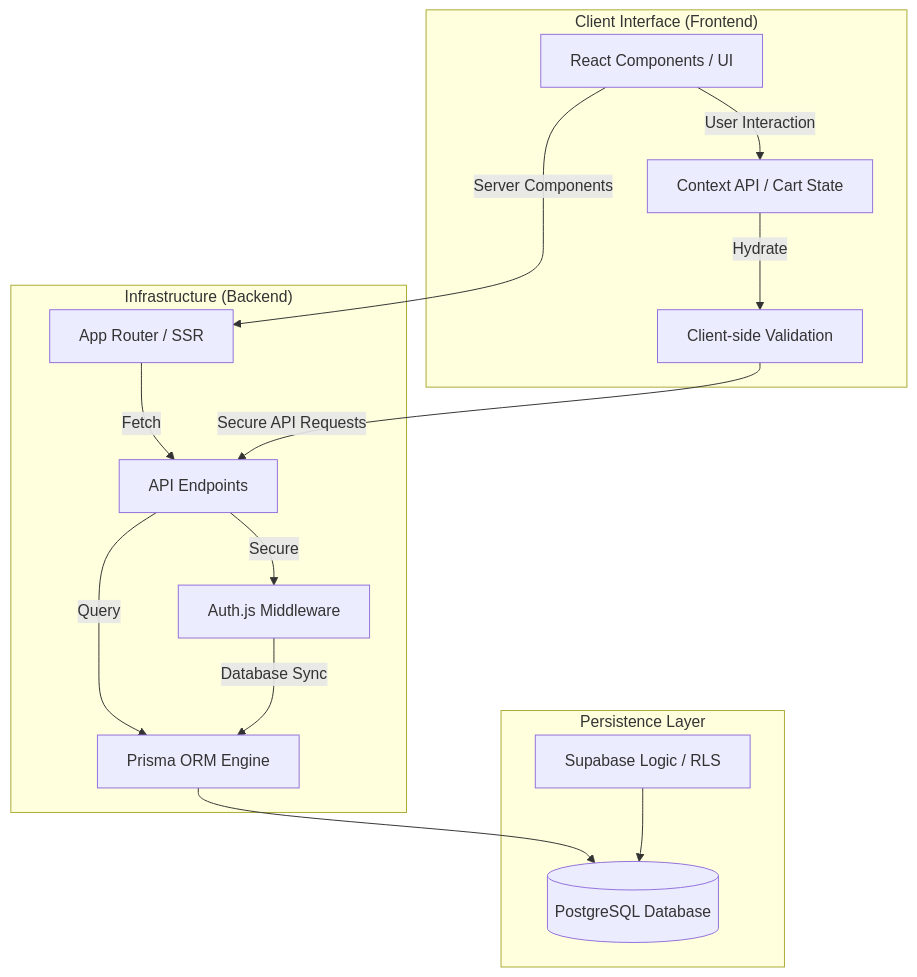
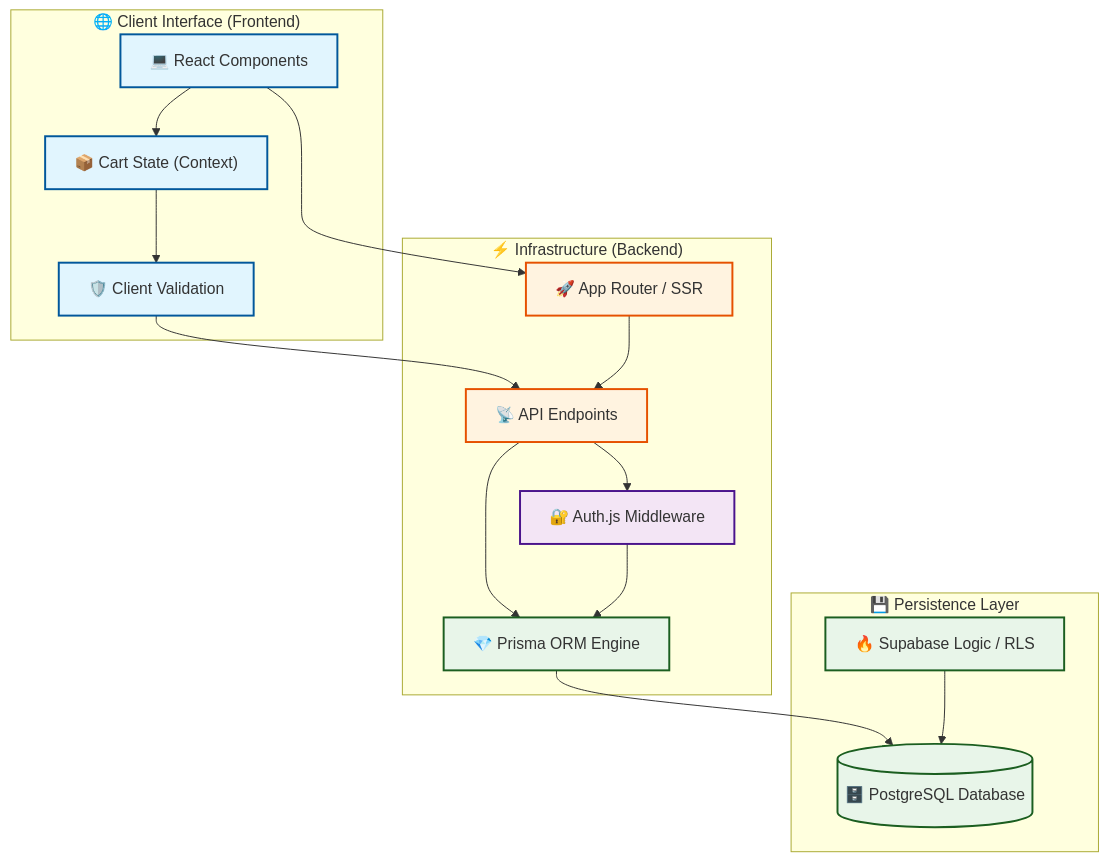
One commit to Devsebastian44/Modern-Esthete changed the diagram in README.md. Above: the diagram before and after it, drawn with Mermaid. The commit also changed other lines of this file and 2 other files, not shown here.

````diff
--- a/README.md
+++ b/README.md
@@ -31,32 +27,44 @@
 ```mermaid
 graph TD
-    subgraph Client ["Client Interface (Frontend)"]
-        UI[React Components / UI]
-        State[Context API / Cart State]
-        Logic[Client-side Validation]
+    %% Global Styles
+    classDef client fill:#e1f5fe,stroke:#01579b,stroke-width:2px;
+    classDef server fill:#fff3e0,stroke:#e65100,stroke-width:2px;
+    classDef security fill:#f3e5f5,stroke:#4a148c,stroke-width:2px;
+    classDef database fill:#e8f5e9,stroke:#1b5e20,stroke-width:2px;
+
+    subgraph Client ["🌐 Client Interface (Frontend)"]
+        UI["💻 React Components"]
+        State["📦 Cart State (Context)"]
+        Logic["🛡️ Client Validation"]
     end
 
-    subgraph Server ["Infrastructure (Backend)"]
-        Routes[App Router / SSR]
-        API[API Endpoints]
-        Auth[Auth.js Middleware]
-        Prisma[Prisma ORM Engine]
-        
-        Routes --> |Fetch| API
-        API --> |Secure| Auth
-        API --> |Query| Prisma
-        Auth --> |Database Sync| Prisma
+    subgraph Server ["⚡ Infrastructure (Backend)"]
+        Routes["🚀 App Router / SSR"]
+        API["📡 API Endpoints"]
+        Auth["🔐 Auth.js Middleware"]
+        Prisma["💎 Prisma ORM Engine"]
     end
 
-    subgraph Data ["Persistence Layer"]
-        Postgres[(PostgreSQL Database)]
-        Supabase[Supabase Logic / RLS]
-        Prisma --> Postgres
-        Supabase --> Postgres
+    subgraph Data ["💾 Persistence Layer"]
+        Postgres[(🗄️ PostgreSQL Database)]
+        Supabase["🔥 Supabase Logic / RLS"]
     end
 
-    UI --> |User Interaction| State
-    State --> |Hydrate| Logic
-    Logic --> |Secure API Requests| API
-    UI --> |Server Components| Routes
+    %% Connections
+    UI --> State
+    State --> Logic
+    Logic --> API
+    UI --> Routes
+    Routes --> API
+    API --> Auth
+    API --> Prisma
+    Auth --> Prisma
+    Prisma --> Postgres
+    Supabase --> Postgres
+
+    %% Assign Classes
+    class UI,State,Logic client;
+    class Routes,API server;
+    class Auth security;
+    class Prisma,Postgres,Supabase database;
 ```
````
